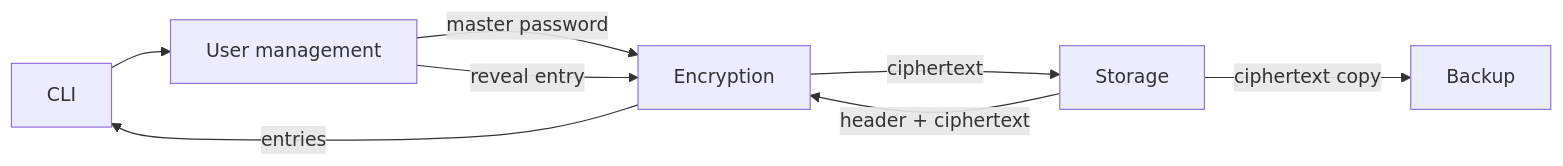
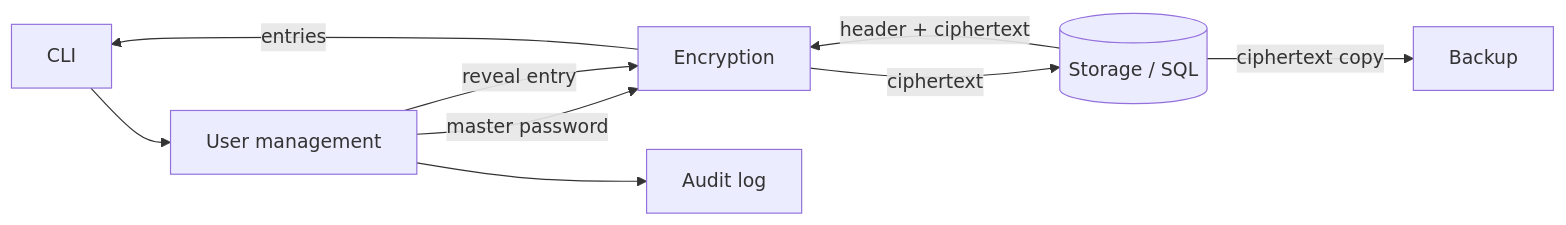
Before and after one commit to jevgeni-arefjev/ics0022: the first of 2 diagrams in secure-password-manager.md, drawn with Mermaid. The commit also changed other lines of this file and 1 other file, not shown here.

````diff
--- a/secure-password-manager.md
+++ b/secure-password-manager.md
@@ -25,7 +26,7 @@
 ```mermaid
 flowchart LR
   CLI --> UM[User management] -->|master password| ENC[Encryption]
   UM[User management] -->|reveal entry| ENC[Encryption]
-  ENC -->|ciphertext| ST[Storage] -->|header + ciphertext| ENC
-  ENC -->|entries| CLI; ST -->|ciphertext copy| BK[Backup]
+  ENC -->|ciphertext| ST[(Storage / SQL)] -->|header + ciphertext| ENC
+  ENC -->|entries| CLI; UM --> LOG[Audit log]; ST -->|ciphertext copy| BK[Backup]
 ```
````
